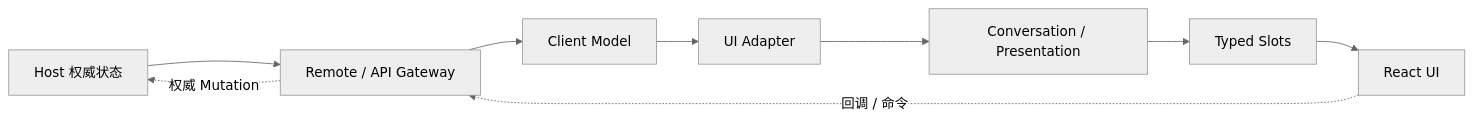
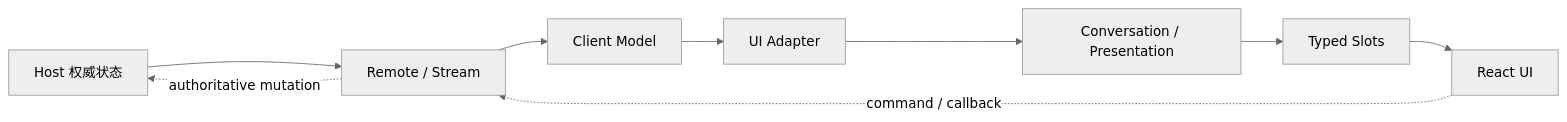
Before and after one commit to 0326/dsh-plugin-market: the diagram in src/react-app/content/whitepaper/v0.1.5-rc.2/11-web-client.md, drawn with Mermaid (neutral theme). The commit also changed other lines of this file, not shown here.

````diff
--- a/src/react-app/content/whitepaper/v0.1.5-rc.2/11-web-client.md
+++ b/src/react-app/content/whitepaper/v0.1.5-rc.2/11-web-client.md
@@ -31,11 +42,11 @@
 ```mermaid id=web-client-flow
 flowchart LR
-  H["Host 权威状态"] --> R["Remote / API Gateway"]
+  H["Host 权威状态"] --> R["Remote / Stream"]
   R --> M["Client Model"]
   M --> U["UI Adapter"]
   U --> C["Conversation / Presentation"]
   C --> S["Typed Slots"]
   S --> V["React UI"]
-  V -. "回调 / 命令" .-> R
-  R -. "权威 Mutation" .-> H
+  V -. "command / callback" .-> R
+  R -. "authoritative mutation" .-> H
 ```
````
